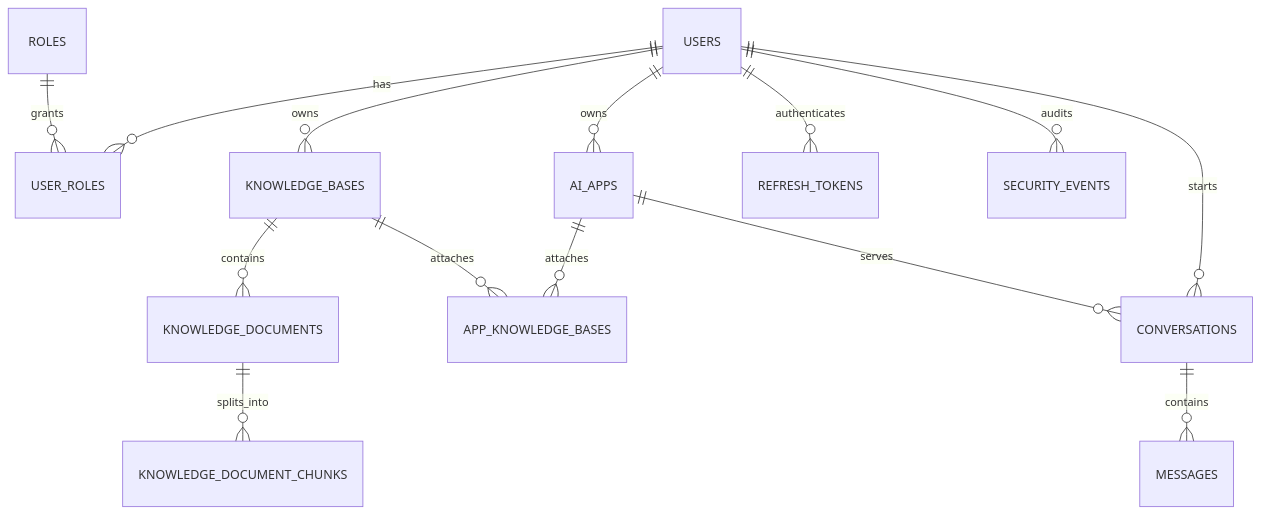
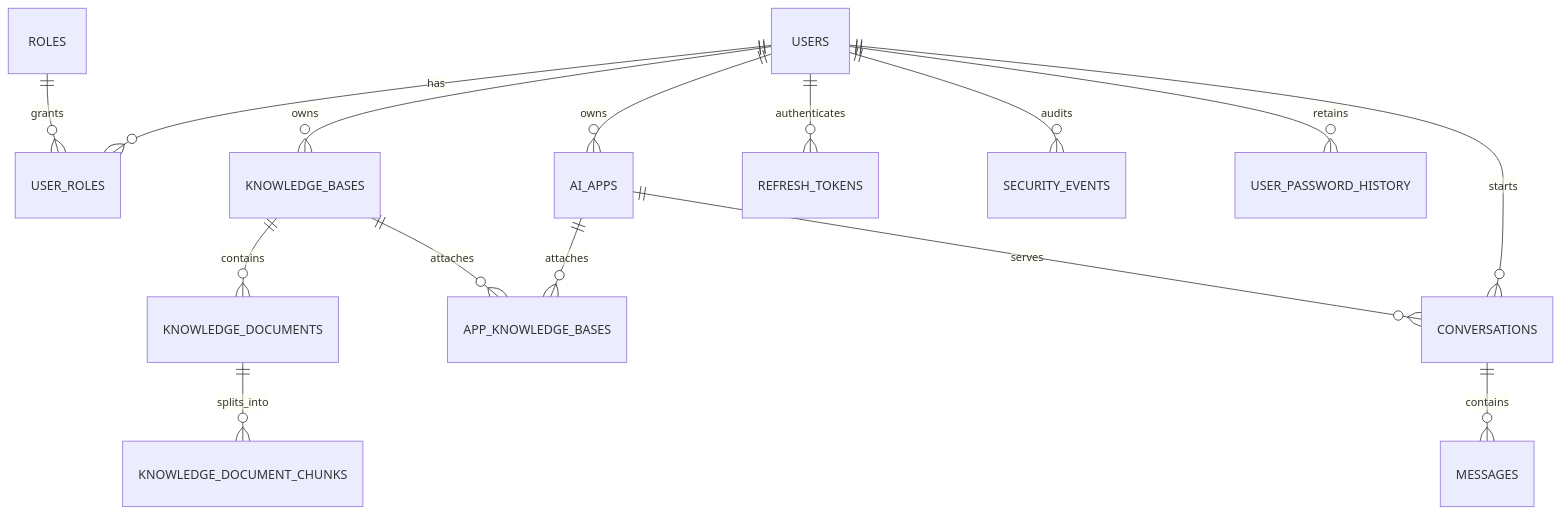
Before and after one commit to Tony-XUYANG/enterprise-knowledge-base-ai-platform: the diagram in docs/database-design.md, drawn with Mermaid. The commit also changed other lines of this file and 8 other files, not shown here.

````diff
--- a/docs/database-design.md
+++ b/docs/database-design.md
@@ -10,16 +10,17 @@
 ```mermaid
 erDiagram
     USERS ||--o{ USER_ROLES : has
     ROLES ||--o{ USER_ROLES : grants
     USERS ||--o{ AI_APPS : owns
     USERS ||--o{ KNOWLEDGE_BASES : owns
     KNOWLEDGE_BASES ||--o{ KNOWLEDGE_DOCUMENTS : contains
     KNOWLEDGE_DOCUMENTS ||--o{ KNOWLEDGE_DOCUMENT_CHUNKS : splits_into
     AI_APPS ||--o{ APP_KNOWLEDGE_BASES : attaches
     KNOWLEDGE_BASES ||--o{ APP_KNOWLEDGE_BASES : attaches
     USERS ||--o{ CONVERSATIONS : starts
     AI_APPS ||--o{ CONVERSATIONS : serves
     CONVERSATIONS ||--o{ MESSAGES : contains
     USERS ||--o{ REFRESH_TOKENS : authenticates
     USERS ||--o{ SECURITY_EVENTS : audits
+    USERS ||--o{ USER_PASSWORD_HISTORY : retains
 ```
````
